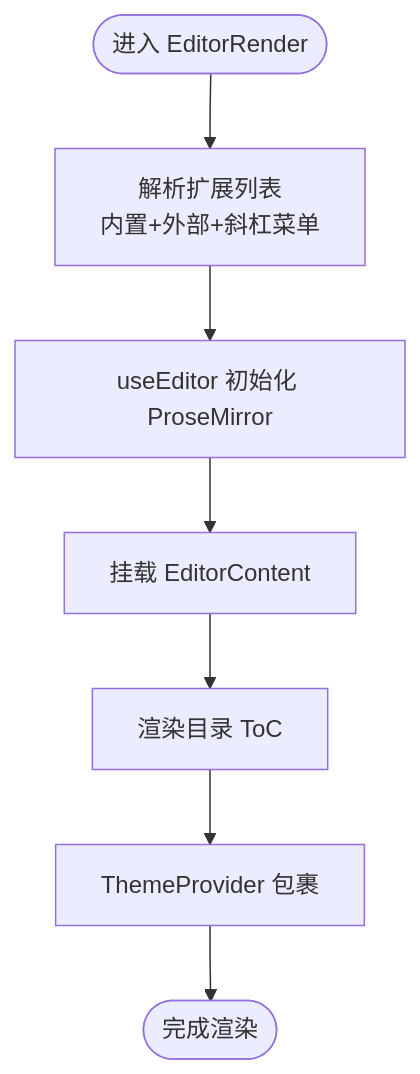
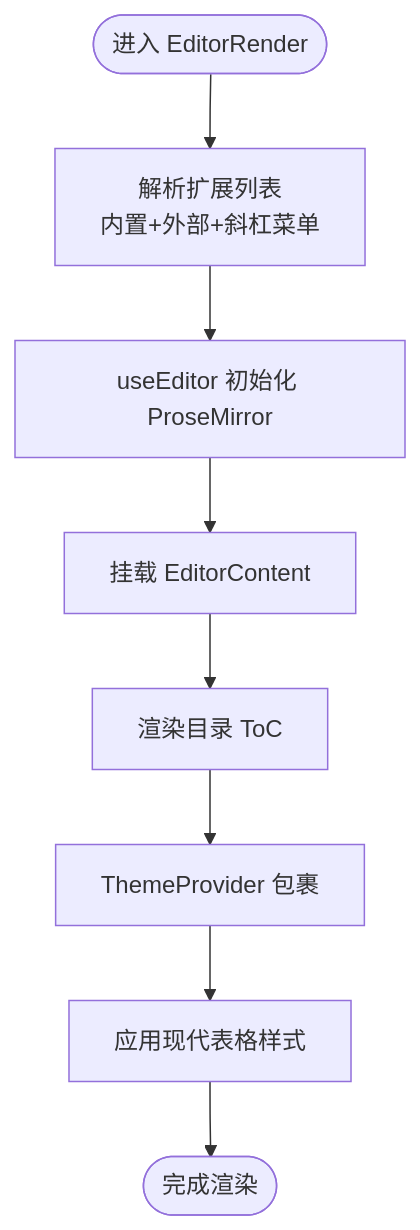
The third of 15 diagrams in .qoder/repowiki/zh/content/架构设计/编辑器内核架构/编辑器渲染机制.md (LRF0422/Kotion), drawn with Mermaid before and after one commit. The commit also changed other lines of this file and 75 other files, not shown here.

````diff
--- a/.qoder/repowiki/zh/content/架构设计/编辑器内核架构/编辑器渲染机制.md
+++ b/.qoder/repowiki/zh/content/架构设计/编辑器内核架构/编辑器渲染机制.md
@@ -174,9 +262,10 @@
 ```mermaid
 flowchart TD
 Start(["进入 EditorRender"]) --> ParseExt["解析扩展列表<br/>内置+外部+斜杠菜单"]
 ParseExt --> InitPM["useEditor 初始化 ProseMirror"]
 InitPM --> MountContent["挂载 EditorContent"]
 MountContent --> RenderToc["渲染目录 ToC"]
 RenderToc --> ThemeWrap["ThemeProvider 包裹"]
-ThemeWrap --> End(["完成渲染"])
+ThemeWrap --> ModernTable["应用现代表格样式"]
+ModernTable --> End(["完成渲染"])
 ```
````
